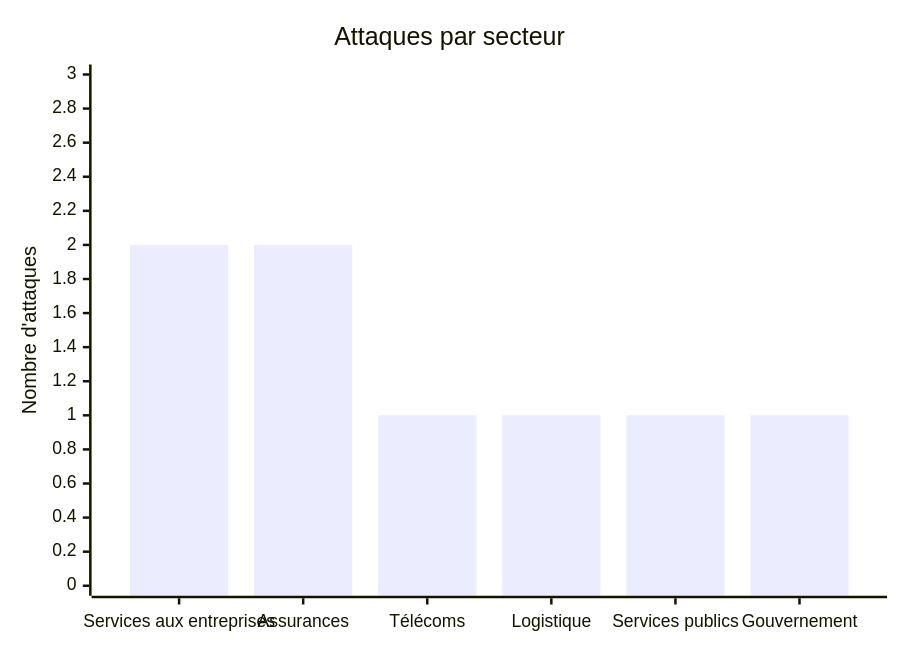
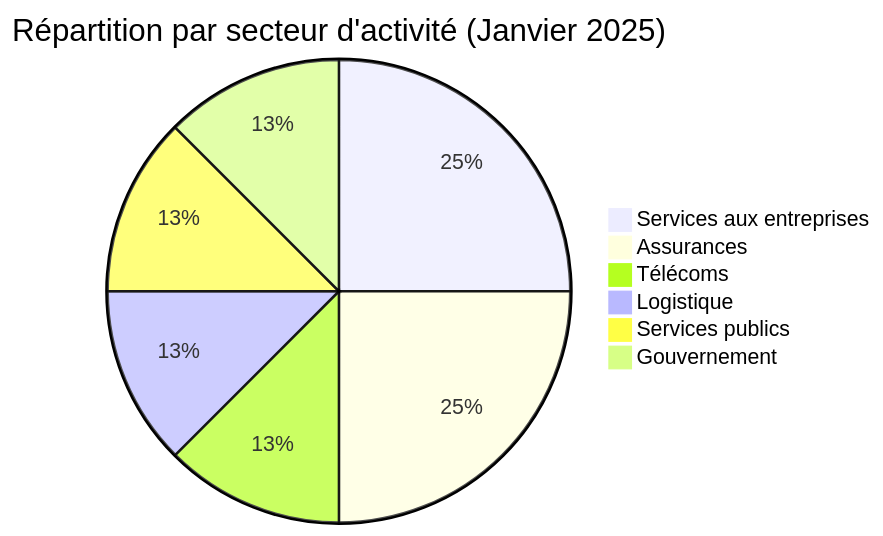
Before and after one commit to Hatchepsoute/AFRINTEL: the second of 5 diagrams in reports/2025/02-february/README_FR.md, drawn with Mermaid. The commit also changed other lines of this file and 7 other files, not shown here.

````diff
--- a/reports/2025/02-february/README_FR.md
+++ b/reports/2025/02-february/README_FR.md
@@ -52,7 +52,9 @@
 ```mermaid
-xychart-beta
-    title "Attaques par secteur"
-    x-axis ["Services aux entreprises", "Assurances", "Télécoms", "Logistique", "Services publics", "Gouvernement"]
-    y-axis "Nombre d'attaques" 0 --> 3
-    bar [2, 2, 1, 1, 1, 1]
+pie title Répartition par secteur d'activité (Janvier 2025)
+    "Services aux entreprises" : 2
+    "Assurances" : 2
+    "Télécoms" : 1
+    "Logistique" : 1
+    "Services publics" : 1
+    "Gouvernement" : 1
 ```
````
